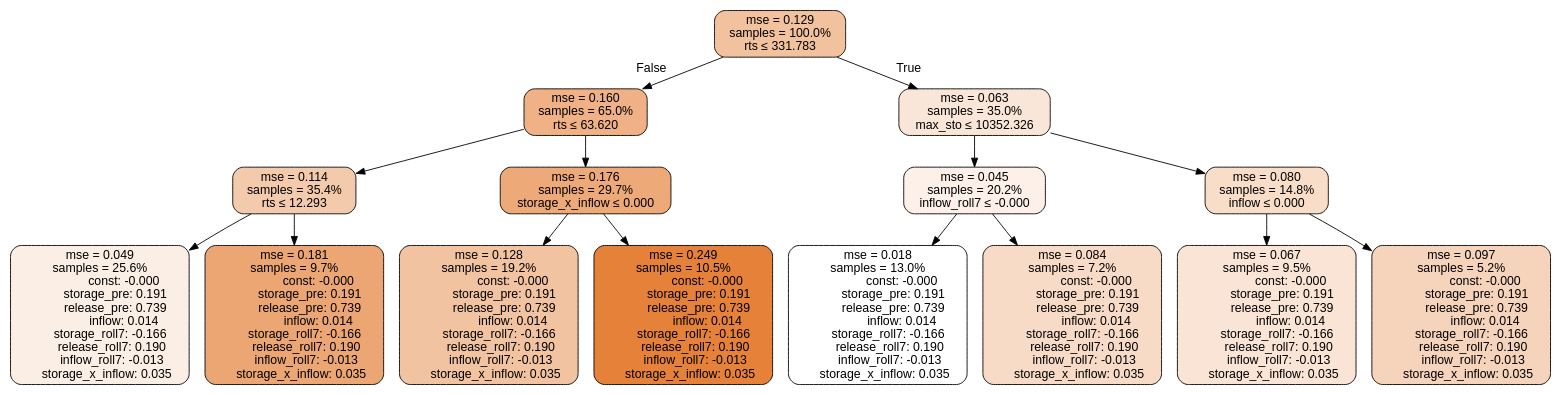
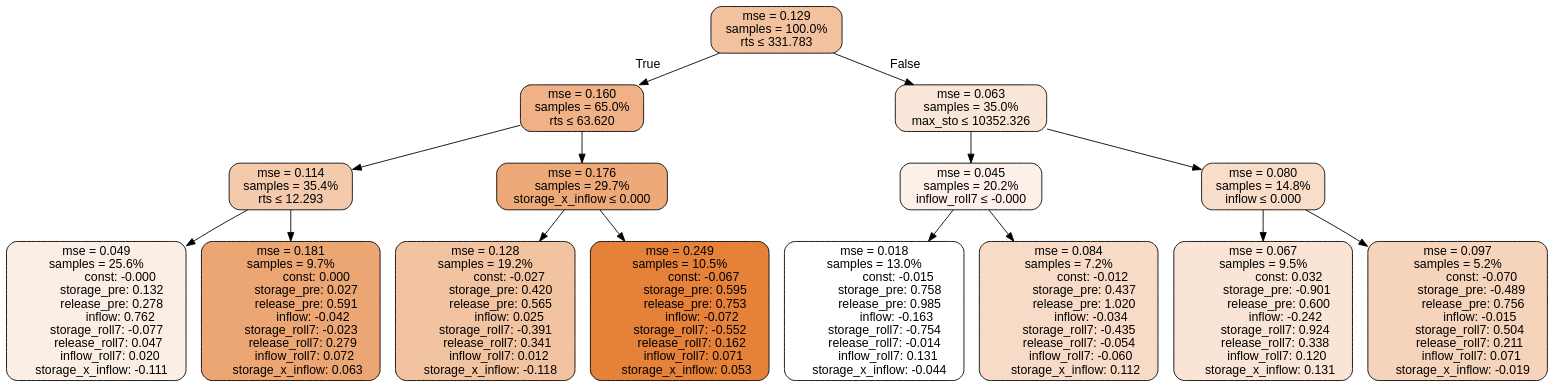
The diagram in results/tclr_spatial_eval/all/TD3_RT_MS_0.75_926/tree.dot (lcford2/predict-release), drawn with Graphviz before and after one commit. The commit also changed 1999 other files, not shown here.

```diff
--- a/results/tclr_spatial_eval/all/TD3_RT_MS_0.75_926/tree.dot
+++ b/results/tclr_spatial_eval/all/TD3_RT_MS_0.75_926/tree.dot
@@ -1,120 +1,121 @@
 digraph tree {
+bgcolor="transparent"
 node [shape=rectangle, style="filled, rounded", color="black", fontname=helvetica] ;
 edge [fontname=helvetica] ;
 	"0" [label="mse = 0.129
 samples = 100.0%
 rts &le; 331.783", fillcolor="#f2c29f"]
 	"1" [label="mse = 0.160
 samples = 65.0%
 rts &le; 63.620", fillcolor="#efb185"]
 	"2" [label="mse = 0.114
 samples = 35.4%
 rts &le; 12.293", fillcolor="#f4caac"]
 	"3" [label="mse = 0.049
 samples = 25.6%
                const: -0.000
-          storage_pre: 0.191
-          release_pre: 0.739
-               inflow: 0.014
-       storage_roll7: -0.166
-        release_roll7: 0.190
-        inflow_roll7: -0.013
-     storage_x_inflow: 0.035", fillcolor="#fbeee4"]
+          storage_pre: 0.132
+          release_pre: 0.278
+               inflow: 0.762
+       storage_roll7: -0.077
+        release_roll7: 0.047
+         inflow_roll7: 0.020
+    storage_x_inflow: -0.111", fillcolor="#fbeee4"]
 	"4" [label="mse = 0.181
 samples = 9.7%
-               const: -0.000
-          storage_pre: 0.191
-          release_pre: 0.739
-               inflow: 0.014
-       storage_roll7: -0.166
-        release_roll7: 0.190
-        inflow_roll7: -0.013
-     storage_x_inflow: 0.035", fillcolor="#eca673"]
+                const: 0.000
+          storage_pre: 0.027
+          release_pre: 0.591
+              inflow: -0.042
+       storage_roll7: -0.023
+        release_roll7: 0.279
+         inflow_roll7: 0.072
+     storage_x_inflow: 0.063", fillcolor="#eca673"]
 	"5" [label="mse = 0.176
 samples = 29.7%
 storage_x_inflow &le; 0.000", fillcolor="#eda977"]
 	"6" [label="mse = 0.128
 samples = 19.2%
-               const: -0.000
-          storage_pre: 0.191
-          release_pre: 0.739
-               inflow: 0.014
-       storage_roll7: -0.166
-        release_roll7: 0.190
-        inflow_roll7: -0.013
-     storage_x_inflow: 0.035", fillcolor="#f2c3a0"]
+               const: -0.027
+          storage_pre: 0.420
+          release_pre: 0.565
+               inflow: 0.025
+       storage_roll7: -0.391
+        release_roll7: 0.341
+         inflow_roll7: 0.012
+    storage_x_inflow: -0.118", fillcolor="#f2c3a0"]
 	"7" [label="mse = 0.249
 samples = 10.5%
-               const: -0.000
-          storage_pre: 0.191
-          release_pre: 0.739
-               inflow: 0.014
-       storage_roll7: -0.166
-        release_roll7: 0.190
-        inflow_roll7: -0.013
-     storage_x_inflow: 0.035", fillcolor="#e58139"]
+               const: -0.067
+          storage_pre: 0.595
+          release_pre: 0.753
+              inflow: -0.072
+       storage_roll7: -0.552
+        release_roll7: 0.162
+         inflow_roll7: 0.071
+     storage_x_inflow: 0.053", fillcolor="#e58139"]
 	"8" [label="mse = 0.063
 samples = 35.0%
 max_sto &le; 10352.326", fillcolor="#f9e6d8"]
 	"9" [label="mse = 0.045
 samples = 20.2%
 inflow_roll7 &le; -0.000", fillcolor="#fcf0e8"]
 	"10" [label="mse = 0.018
 samples = 13.0%
-               const: -0.000
-          storage_pre: 0.191
-          release_pre: 0.739
-               inflow: 0.014
-       storage_roll7: -0.166
-        release_roll7: 0.190
-        inflow_roll7: -0.013
-     storage_x_inflow: 0.035", fillcolor="#ffffff"]
+               const: -0.015
+          storage_pre: 0.758
+          release_pre: 0.985
+              inflow: -0.163
+       storage_roll7: -0.754
+       release_roll7: -0.014
+         inflow_roll7: 0.131
+    storage_x_inflow: -0.044", fillcolor="#ffffff"]
 	"11" [label="mse = 0.084
 samples = 7.2%
-               const: -0.000
-          storage_pre: 0.191
-          release_pre: 0.739
-               inflow: 0.014
-       storage_roll7: -0.166
-        release_roll7: 0.190
-        inflow_roll7: -0.013
-     storage_x_inflow: 0.035", fillcolor="#f7dbc6"]
+               const: -0.012
+          storage_pre: 0.437
+          release_pre: 1.020
+              inflow: -0.034
+       storage_roll7: -0.435
+       release_roll7: -0.054
+        inflow_roll7: -0.060
+     storage_x_inflow: 0.112", fillcolor="#f7dbc6"]
 	"12" [label="mse = 0.080
 samples = 14.8%
 inflow &le; 0.000", fillcolor="#f8ddc9"]
 	"13" [label="mse = 0.067
 samples = 9.5%
-               const: -0.000
-          storage_pre: 0.191
-          release_pre: 0.739
-               inflow: 0.014
-       storage_roll7: -0.166
-        release_roll7: 0.190
-        inflow_roll7: -0.013
-     storage_x_inflow: 0.035", fillcolor="#f9e4d5"]
+                const: 0.032
+         storage_pre: -0.901
+          release_pre: 0.600
+              inflow: -0.242
+        storage_roll7: 0.924
+        release_roll7: 0.338
+         inflow_roll7: 0.120
+     storage_x_inflow: 0.131", fillcolor="#f9e4d5"]
 	"14" [label="mse = 0.097
 samples = 5.2%
-               const: -0.000
-          storage_pre: 0.191
-          release_pre: 0.739
-               inflow: 0.014
-       storage_roll7: -0.166
-        release_roll7: 0.190
-        inflow_roll7: -0.013
-     storage_x_inflow: 0.035", fillcolor="#f6d3bb"]
+               const: -0.070
+         storage_pre: -0.489
+          release_pre: 0.756
+              inflow: -0.015
+        storage_roll7: 0.504
+        release_roll7: 0.211
+         inflow_roll7: 0.071
+    storage_x_inflow: -0.019", fillcolor="#f6d3bb"]
 
-	"0" -> "1" [labeldistance=2.5, labelangle=45, headlabel="False"]
+	"0" -> "1" [labeldistance=2.5, labelangle=45, headlabel="True"]
 	"1" -> "2"
 	"2" -> "3"
 	"2" -> "4"
 	"1" -> "5"
 	"5" -> "6"
 	"5" -> "7"
-	"0" -> "8" [labeldistance=2.5, labelangle=-45, headlabel="True"]
+	"0" -> "8" [labeldistance=2.5, labelangle=-45, headlabel="False"]
 	"8" -> "9"
 	"9" -> "10"
 	"9" -> "11"
 	"8" -> "12"
 	"12" -> "13"
 	"12" -> "14"
 }
```
